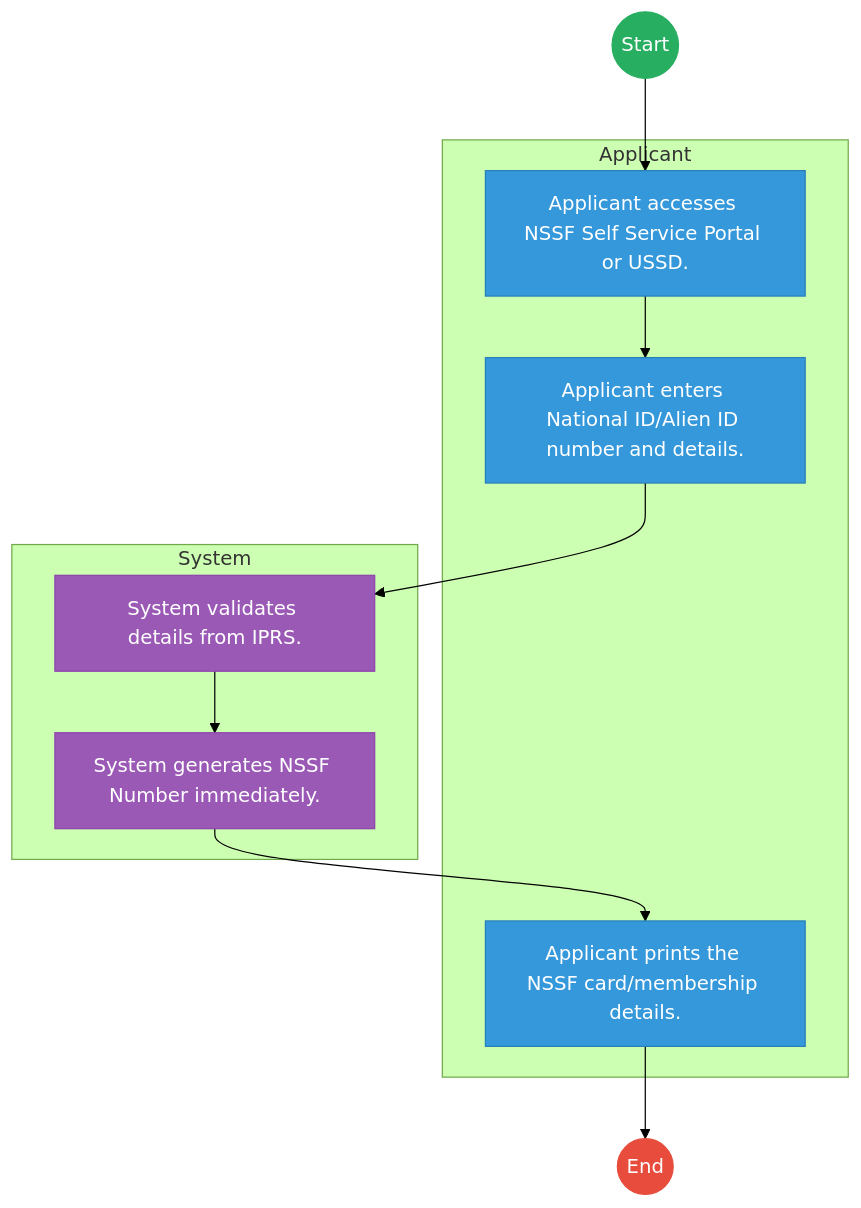
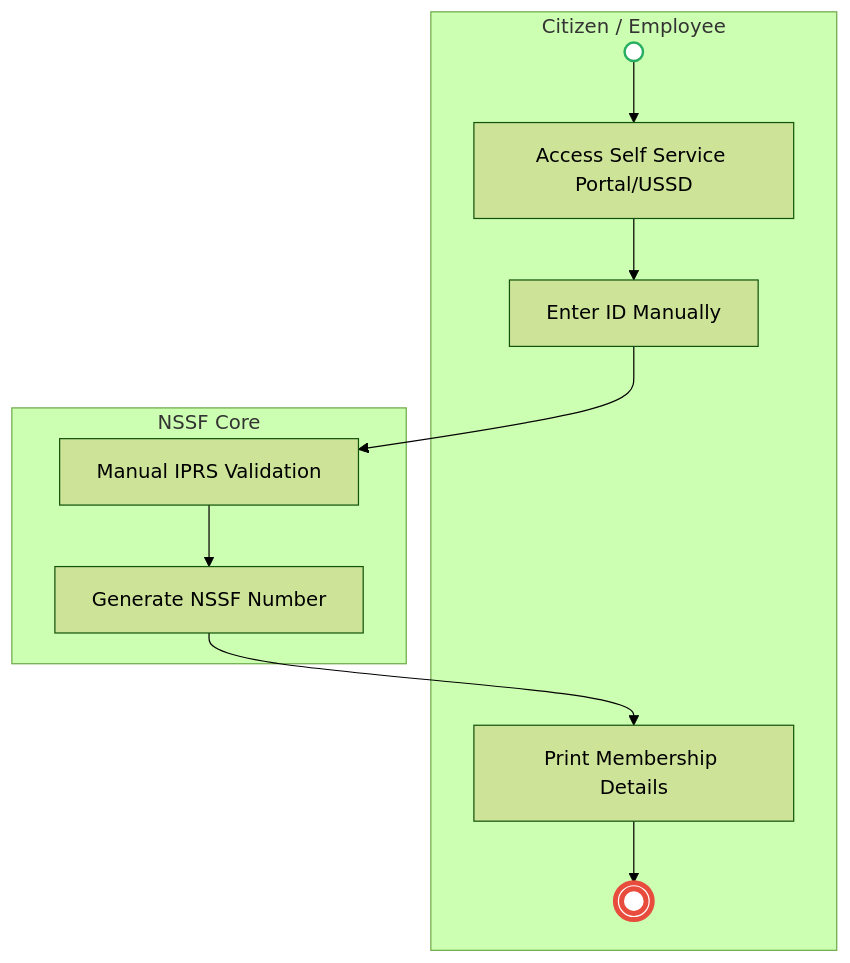
The first of 2 diagrams in mdas/docs_final/National_Social_Security_Fund___Service_Delivery.md (BITZ-IT-Consulting-LTD/ictapoc), drawn with Mermaid (forest theme) before and after one commit. The commit also changed other lines of this file and 13 other files, not shown here.

````diff
--- a/mdas/docs_final/National_Social_Security_Fund___Service_Delivery.md
+++ b/mdas/docs_final/National_Social_Security_Fund___Service_Delivery.md
@@ -20,30 +18,18 @@
 ```mermaid
-graph TD
-    Start((Start)) --> S1
-
-    subgraph Applicant [Applicant]
-        S1["Applicant accesses NSSF Self Service Portal or USSD."]
-        S2["Applicant enters National ID/Alien ID number and details."]
-        S5["Applicant prints the NSSF card/membership details."]
+flowchart TD
+    subgraph Applicant["Citizen / Employee"]
+        Start(( )) --> A1[Access Self Service Portal/USSD]
+        A1 --> A2[Enter ID Manually]
+        A3[Print Membership Details] --> End((( )))
     end
 
-    subgraph System [System]
-        S3["System validates details from IPRS."]
-        S4["System generates NSSF Number immediately."]
+    subgraph System["NSSF Core"]
+        A2 --> B1[Manual IPRS Validation]
+        B1 --> B2[Generate NSSF Number]
     end
-    S1 --> S2
-    S2 --> S3
-    S3 --> S4
-    S4 --> S5
-    S5 --> End((End))
 
-    classDef start fill:#27ae60,stroke:#27ae60,color:#fff;
-    classDef endNode fill:#e74c3c,stroke:#e74c3c,color:#fff;
-    classDef userTask fill:#3498db,stroke:#2980b9,color:#fff;
-    classDef serviceTask fill:#9b59b6,stroke:#8e44ad,color:#fff;
+    B2 --> A3
 
-    class Start start;
-    class End endNode;
-    class S1,S2,S5 userTask;
-    class S3,S4 serviceTask;
+    style Start fill:#fff,stroke:#27ae60,stroke-width:2px
+    style End fill:#fff,stroke:#e74c3c,stroke-width:4px
 ```
````
